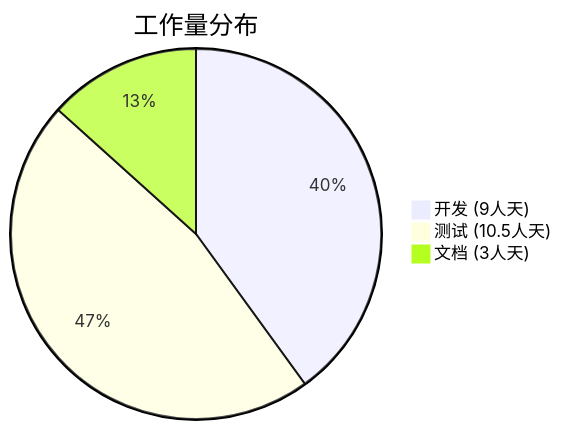
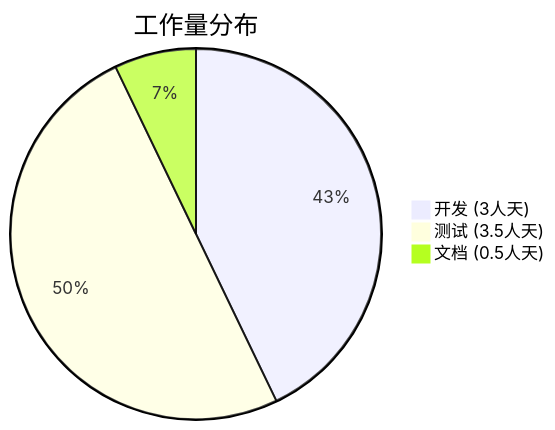
Before and after one commit to javadoors/cluster-api-provider-bke: the sixth of 7 diagrams in code/performance/report/api-throttling-optimization.md, drawn with Mermaid. The commit also changed other lines of this file, not shown here.

````diff
--- a/code/performance/report/api-throttling-optimization.md
+++ b/code/performance/report/api-throttling-optimization.md
@@ -812,6 +799,6 @@
 ```mermaid
 pie title 工作量分布
-    "开发 (9人天)" : 9
-    "测试 (10.5人天)" : 10.5
-    "文档 (3人天)" : 3
+    "开发 (3人天)" : 3
+    "测试 (3.5人天)" : 3.5
+    "文档 (0.5人天)" : 0.5
 ```
````
